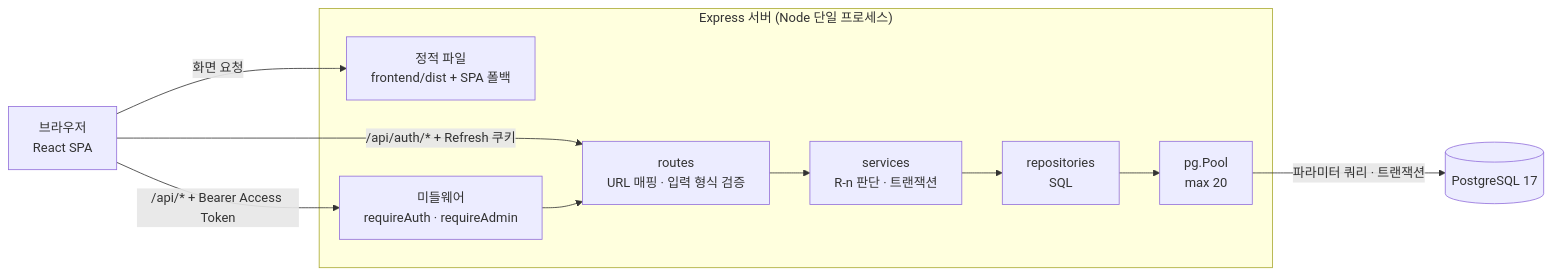
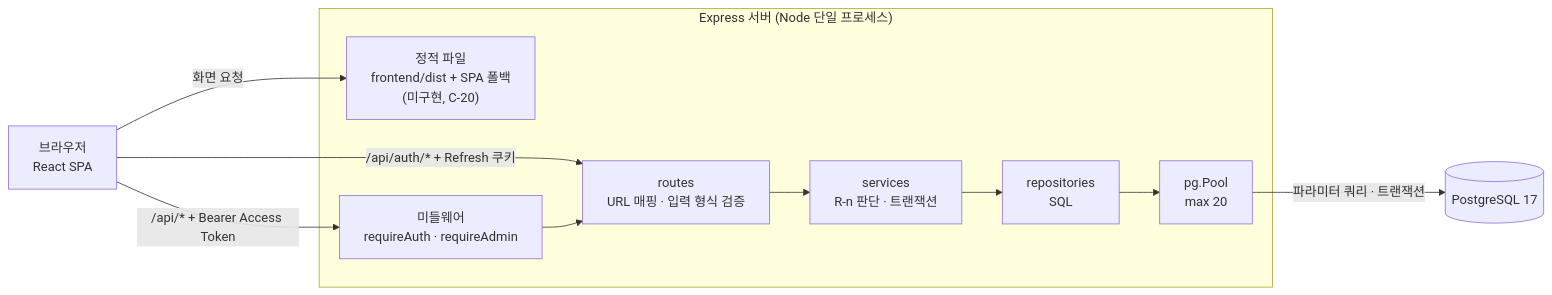
Before and after one commit to uokevin-hash/cal-todo: the first of 7 diagrams in docs/6-arch-diagram.md, drawn with Mermaid. The commit also changed other lines of this file and 12 other files, not shown here.

````diff
--- a/docs/6-arch-diagram.md
+++ b/docs/6-arch-diagram.md
@@ -43,22 +45,22 @@
 ```mermaid
 flowchart LR
     U["브라우저<br/>React SPA"]
     subgraph SRV["Express 서버 (Node 단일 프로세스)"]
-        ST["정적 파일<br/>frontend/dist + SPA 폴백"]
+        ST["정적 파일<br/>frontend/dist + SPA 폴백<br/>(미구현, C-20)"]
         MW["미들웨어<br/>requireAuth · requireAdmin"]
         RT["routes<br/>URL 매핑 · 입력 형식 검증"]
         SV["services<br/>R-n 판단 · 트랜잭션"]
         RP["repositories<br/>SQL"]
         POOL["pg.Pool<br/>max 20"]
     end
     DB[("PostgreSQL 17")]
 
     U -->|"화면 요청"| ST
     U -->|"/api/* + Bearer Access Token"| MW
     U -->|"/api/auth/* + Refresh 쿠키"| RT
     MW --> RT
     RT --> SV
     SV --> RP
     RP --> POOL
     POOL -->|"파라미터 쿼리 · 트랜잭션"| DB
 ```
````
